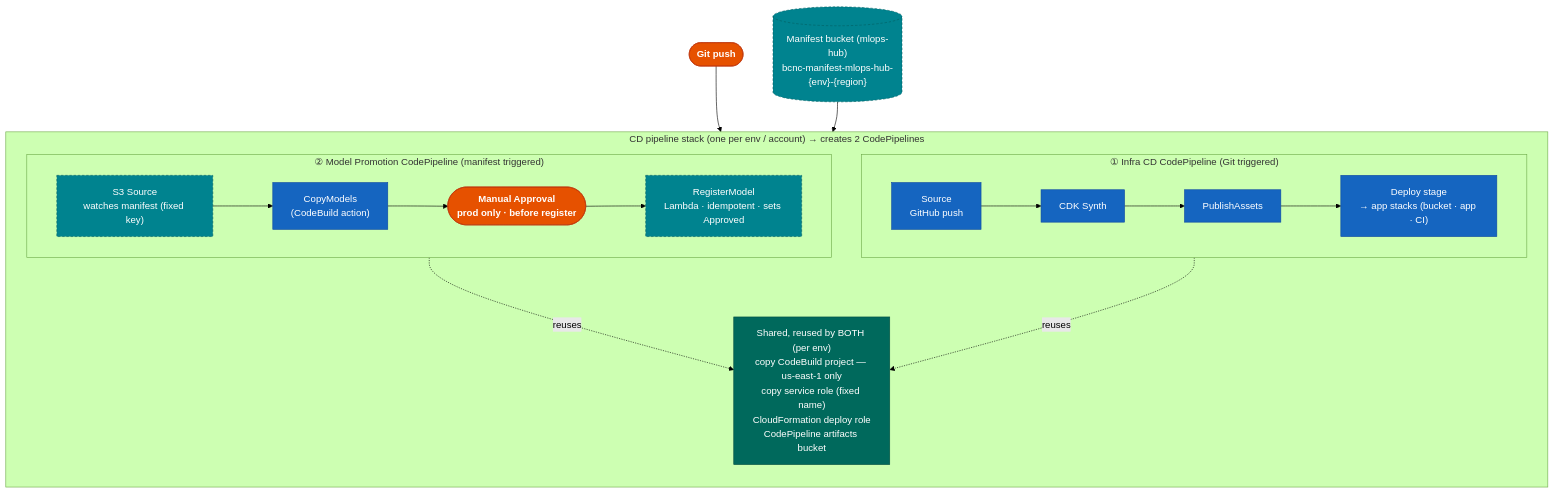
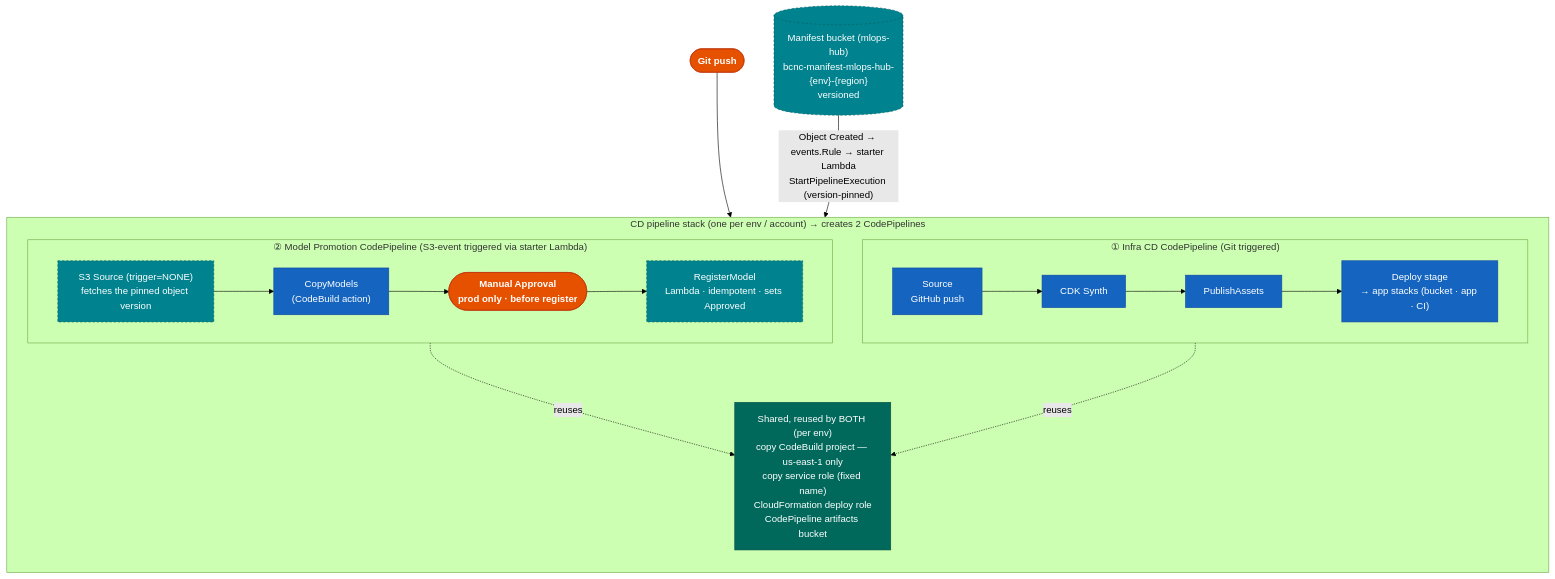
One commit to schilker/public changed the fourth of 7 diagrams in test.md. Above: the diagram before and after it, drawn with Mermaid (forest theme). The commit also changed other lines of this file, not shown here.

````diff
--- a/test.md
+++ b/test.md
@@ -267,39 +327,39 @@
 ```mermaid
 flowchart TD
     classDef human  fill:#e65100,stroke:#bf360c,color:#fff,font-weight:bold
     classDef auto   fill:#1565c0,stroke:#0d47a1,color:#fff
     classDef store  fill:#2e7d32,stroke:#1b5e20,color:#fff
     classDef shared fill:#00695c,stroke:#004d40,color:#fff
     classDef new    fill:#00838f,stroke:#006064,color:#fff,stroke-dasharray: 4 3
 
     subgraph STACK["CD pipeline stack  (one per env / account)  →  creates 2 CodePipelines"]
         direction TB
         subgraph INFRA["① Infra CD CodePipeline  (Git triggered)"]
             direction LR
             I1["Source\nGitHub push"]
             I2["CDK Synth"]
             I3["PublishAssets"]
             I4["Deploy stage\n→ app stacks (bucket · app · CI)"]
             I1 --> I2 --> I3 --> I4
         end
-        subgraph MODELPIPE["② Model Promotion CodePipeline  (manifest triggered)"]
+        subgraph MODELPIPE["② Model Promotion CodePipeline  (S3-event triggered via starter Lambda)"]
             direction LR
-            M1["S3 Source\nwatches manifest (fixed key)"]
+            M1["S3 Source (trigger=NONE)\nfetches the pinned object version"]
             M2["CopyModels\n(CodeBuild action)"]
             M4(["Manual Approval\nprod only · before register"])
             M3["RegisterModel\nLambda · idempotent · sets Approved"]
             M1 --> M2 --> M4 --> M3
         end
         SHARED["Shared, reused by BOTH (per env)\ncopy CodeBuild project — us-east-1 only\ncopy service role (fixed name)\nCloudFormation deploy role\nCodePipeline artifacts bucket"]
     end
 
     INFRA -. "reuses" .-> SHARED
     MODELPIPE -. "reuses" .-> SHARED
     GITPUSH(["Git push"]) --> I1
-    MANIFEST[("Manifest bucket (mlops-hub)\nbcnc-manifest-mlops-hub-{env}-{region}")] --> M1
+    MANIFEST[("Manifest bucket (mlops-hub)\nbcnc-manifest-mlops-hub-{env}-{region}\nversioned")] -- "Object Created → events.Rule → starter Lambda\nStartPipelineExecution (version-pinned)" --> M1
 
     class GITPUSH,M4 human
     class I1,I2,I3,I4,M2 auto
     class M1,M3,MANIFEST new
     class SHARED shared
 ```
````
